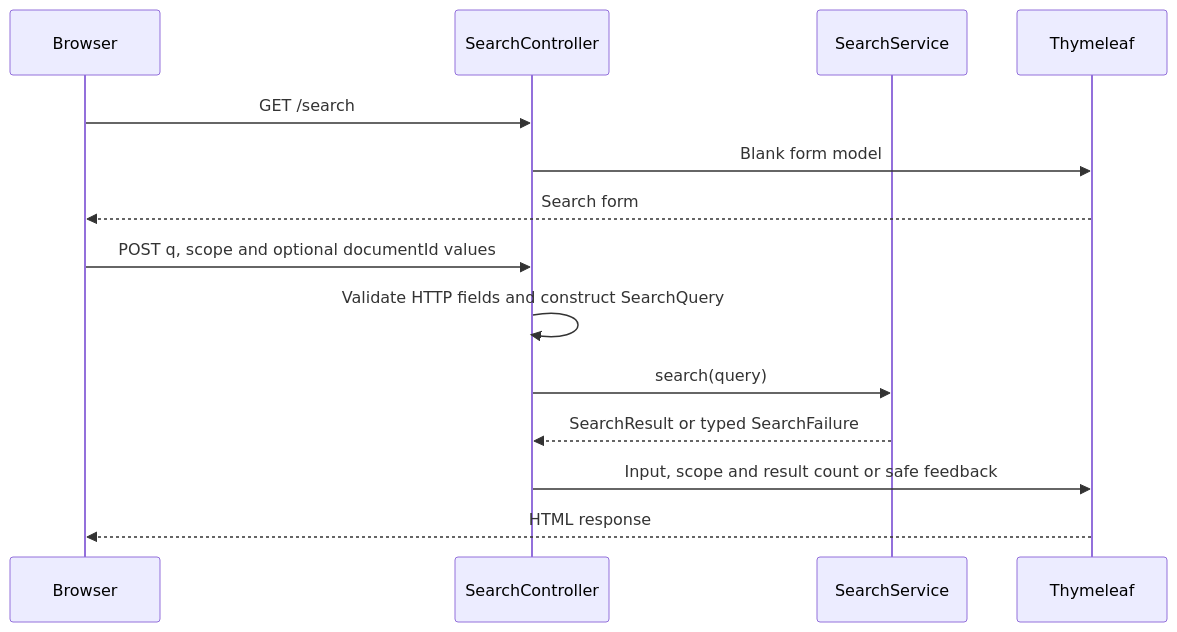
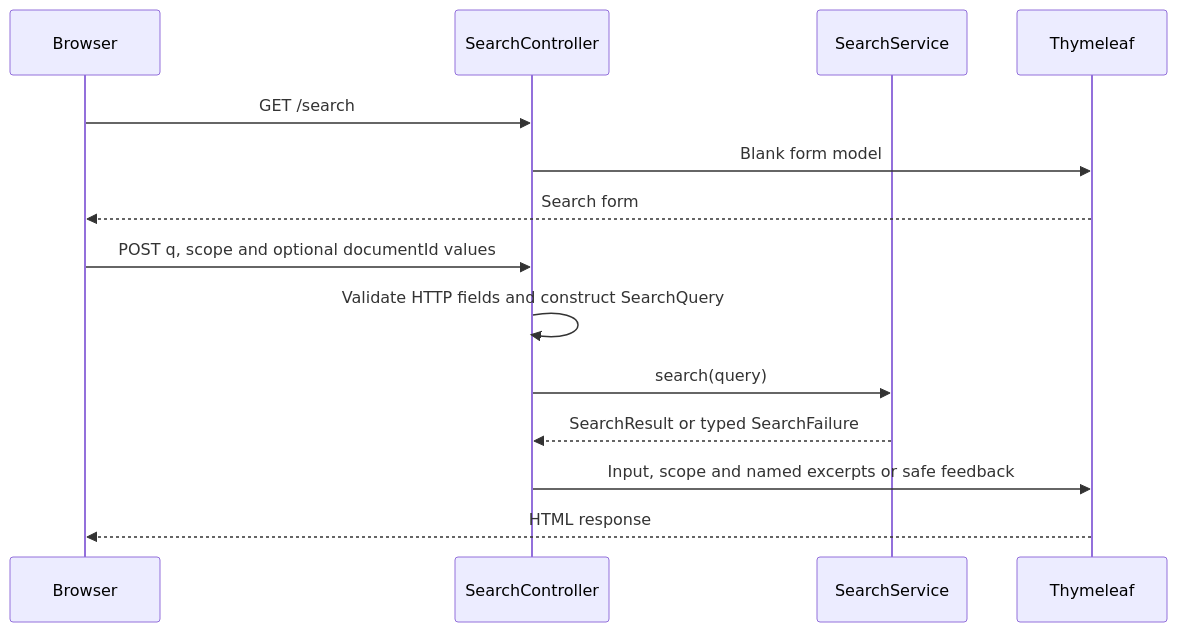
Before and after one commit to FarukValjevac/SecondBrain: diagram 19 of 20 in .learnigns/embedding-contract-guide.md, drawn with Mermaid. The commit also changed other lines of this file and 11 other files, not shown here.

````diff
--- a/.learnigns/embedding-contract-guide.md
+++ b/.learnigns/embedding-contract-guide.md
@@ -1062,16 +1062,16 @@
 ```mermaid
 sequenceDiagram
     participant Browser
     participant Controller as SearchController
     participant Service as SearchService
     participant View as Thymeleaf
     Browser->>Controller: GET /search
     Controller->>View: Blank form model
     View-->>Browser: Search form
     Browser->>Controller: POST q, scope and optional documentId values
     Controller->>Controller: Validate HTTP fields and construct SearchQuery
     Controller->>Service: search(query)
     Service-->>Controller: SearchResult or typed SearchFailure
-    Controller->>View: Input, scope and result count or safe feedback
+    Controller->>View: Input, scope and named excerpts or safe feedback
     View-->>Browser: HTML response
 ```
````
